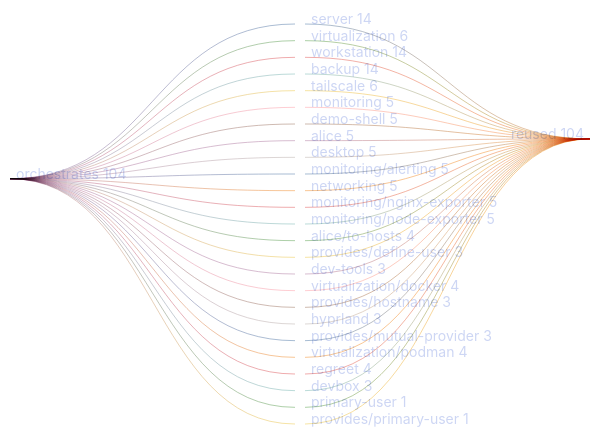
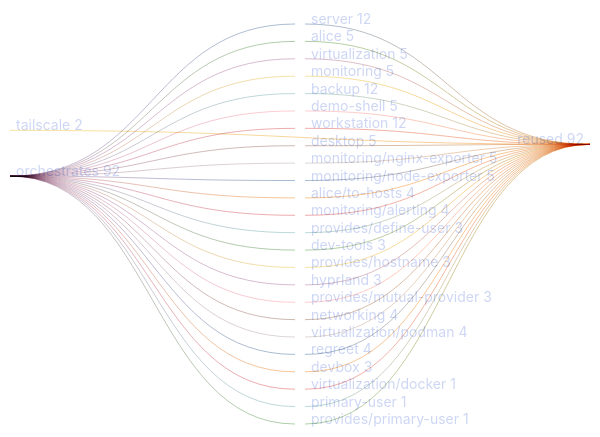
The diagram in templates/diag-fx-demo/diagrams/devbox-fan.md (sini/den), drawn with Mermaid before and after one commit. The commit also changed 526 other files, not shown here.

Commit message:
chore: update fx diagrams

````diff
--- a/templates/diag-fx-demo/diagrams/devbox-fan.md
+++ b/templates/diag-fx-demo/diagrams/devbox-fan.md
@@ -5,55 +5,54 @@
 ```mermaid
 %%{init: {"theme":"base","themeVariables":{"activationBkgColor":"#313244","activationBorderColor":"#6c7086","actorBkg":"#313244","actorBorder":"#a6adc8","actorLineColor":"#a6adc8","actorTextColor":"#cdd6f4","background":"#1e1e2e","classText":"#cdd6f4","clusterBkg":"#313244","clusterBorder":"#6c7086","edgeLabelBackground":"#1e1e2e","labelBoxBkgColor":"#313244","labelBoxBorderColor":"#a6adc8","labelTextColor":"#cdd6f4","lineColor":"#a6adc8","loopTextColor":"#cdd6f4","mainBkg":"#313244","nodeBkg":"#313244","nodeBorder":"#a6adc8","nodeTextColor":"#cdd6f4","noteBkgColor":"#313244","noteBorderColor":"#6c7086","noteTextColor":"#cdd6f4","pie1":"#f38ba8","pie2":"#fab387","pie3":"#f9e2af","pie4":"#a6e3a1","pie5":"#94e2d5","pie6":"#89b4fa","pie7":"#cba6f7","pie8":"#f2cdcd","pieLegendTextColor":"#cdd6f4","pieOuterStrokeColor":"#6c7086","pieSectionTextColor":"#cdd6f4","pieStrokeColor":"#6c7086","pieTitleTextColor":"#cdd6f4","primaryBorderColor":"#a6adc8","primaryColor":"#313244","primaryTextColor":"#cdd6f4","secondBkg":"#313244","secondaryBorderColor":"#6c7086","secondaryColor":"#313244","secondaryTextColor":"#cdd6f4","sequenceNumberColor":"#1e1e2e","signalColor":"#a6adc8","signalTextColor":"#cdd6f4","tertiaryBorderColor":"#6c7086","tertiaryColor":"#313244","tertiaryTextColor":"#cdd6f4","textColor":"#cdd6f4","titleColor":"#cdd6f4"}}}%%
 sankey-beta
 
-"server","reused",14
-"workstation","reused",14
-"backup","reused",14
-"virtualization","reused",6
-"tailscale","reused",4
+"server","reused",12
+"workstation","reused",12
+"backup","reused",12
 "alice","reused",4
 "monitoring","reused",5
+"virtualization","reused",5
 "demo-shell","reused",5
-"desktop","reused",3
-"monitoring/alerting","reused",2
-"networking","reused",2
+"desktop","reused",2
 "monitoring/nginx-exporter","reused",2
 "monitoring/node-exporter","reused",2
 "alice/to-hosts","reused",3
+"monitoring/alerting","reused",2
 "provides/define-user","reused",3
 "dev-tools","reused",3
-"virtualization/docker","reused",2
 "provides/hostname","reused",3
 "hyprland","reused",3
 "provides/mutual-provider","reused",3
+"networking","reused",2
 "virtualization/podman","reused",2
-"regreet","reused",2
+"regreet","reused",1
 "devbox","reused",1
+"virtualization/docker","reused",1
 "primary-user","reused",1
 "provides/primary-user","reused",1
+"tailscale","reused",2
 "orchestrates","server",11
 "orchestrates","workstation",7
 "orchestrates","backup",2
-"orchestrates","virtualization",5
-"orchestrates","tailscale",6
 "orchestrates","alice",5
 "orchestrates","monitoring",4
+"orchestrates","virtualization",4
 "orchestrates","demo-shell",3
 "orchestrates","desktop",5
-"orchestrates","monitoring/alerting",5
-"orchestrates","networking",5
 "orchestrates","monitoring/nginx-exporter",5
 "orchestrates","monitoring/node-exporter",5
 "orchestrates","alice/to-hosts",4
+"orchestrates","monitoring/alerting",4
 "orchestrates","provides/define-user",3
 "orchestrates","dev-tools",3
-"orchestrates","virtualization/docker",4
 "orchestrates","provides/hostname",3
 "orchestrates","hyprland",3
 "orchestrates","provides/mutual-provider",3
+"orchestrates","networking",4
 "orchestrates","virtualization/podman",4
 "orchestrates","regreet",4
 "orchestrates","devbox",3
+"orchestrates","virtualization/docker",1
 "orchestrates","primary-user",1
 "orchestrates","provides/primary-user",1
 ```
````
